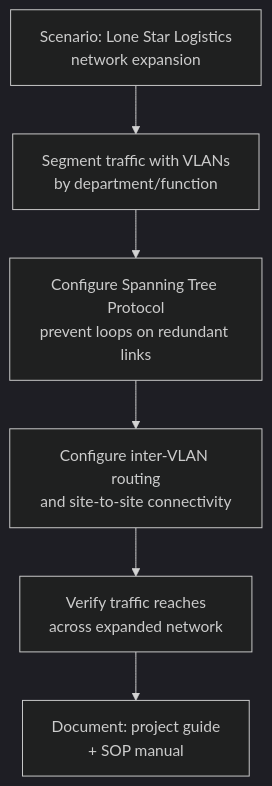
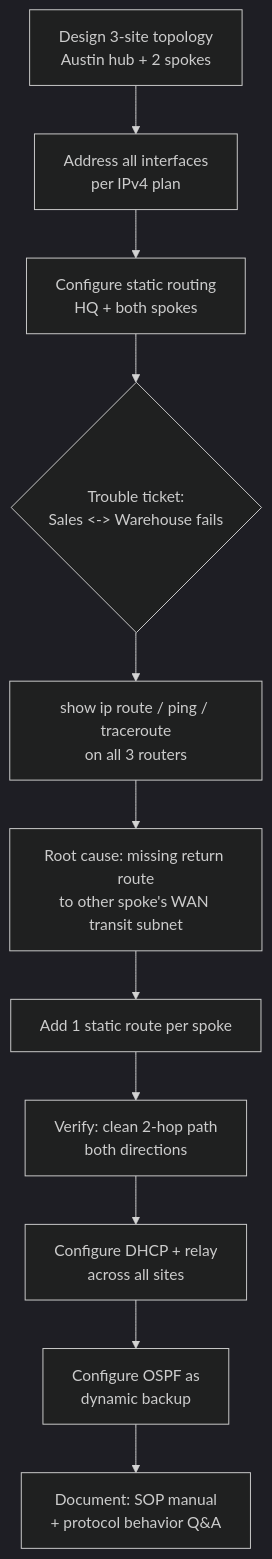
Before and after one commit to shepdogg6t7-glitch/Lone-Star-Logistics-Network-Upgrade-Cisco-Packet-Tracer: the diagram in README.md, drawn with Mermaid (dark theme). The commit also changed other lines of this file, not shown here.

Commit message:
Rewrite README to reflect actual project scope: routing, trouble-ticket diagnosis, DHCP, OSPF

````diff
--- a/README.md
+++ b/README.md
@@ -24,8 +31,13 @@
 ```mermaid
 flowchart TD
-    A[Scenario: Lone Star Logistics<br/>network expansion] --> B[Segment traffic with VLANs<br/>by department/function]
-    B --> C[Configure Spanning Tree Protocol<br/>prevent loops on redundant links]
-    C --> D[Configure inter-VLAN routing<br/>and site-to-site connectivity]
-    D --> E[Verify traffic reaches<br/>across expanded network]
-    E --> F[Document: project guide<br/>+ SOP manual]
+    A[Design 3-site topology<br/>Austin hub + 2 spokes] --> B[Address all interfaces<br/>per IPv4 plan]
+    B --> C[Configure static routing<br/>HQ + both spokes]
+    C --> D{Trouble ticket:<br/>Sales <-> Warehouse fails}
+    D --> E[show ip route / ping / traceroute<br/>on all 3 routers]
+    E --> F[Root cause: missing return route<br/>to other spoke's WAN transit subnet]
+    F --> G[Add 1 static route per spoke]
+    G --> H[Verify: clean 2-hop path<br/>both directions]
+    H --> I[Configure DHCP + relay<br/>across all sites]
+    I --> J[Configure OSPF as<br/>dynamic backup]
+    J --> K[Document: SOP manual<br/>+ protocol behavior Q&A]
 ```
````
